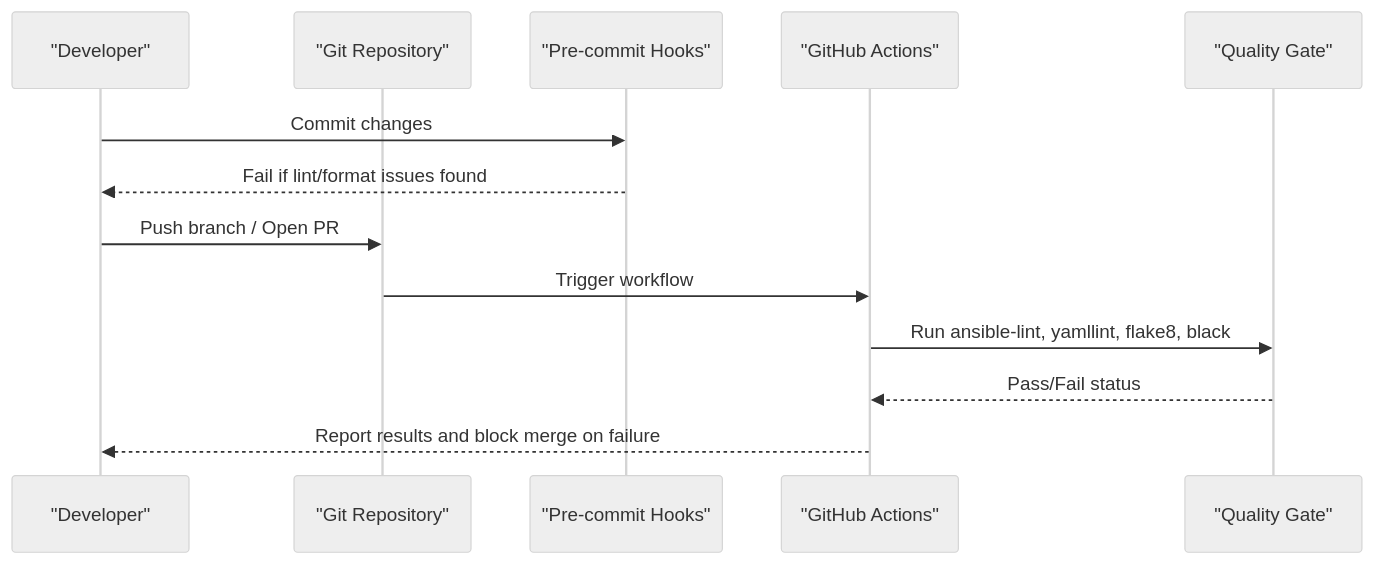
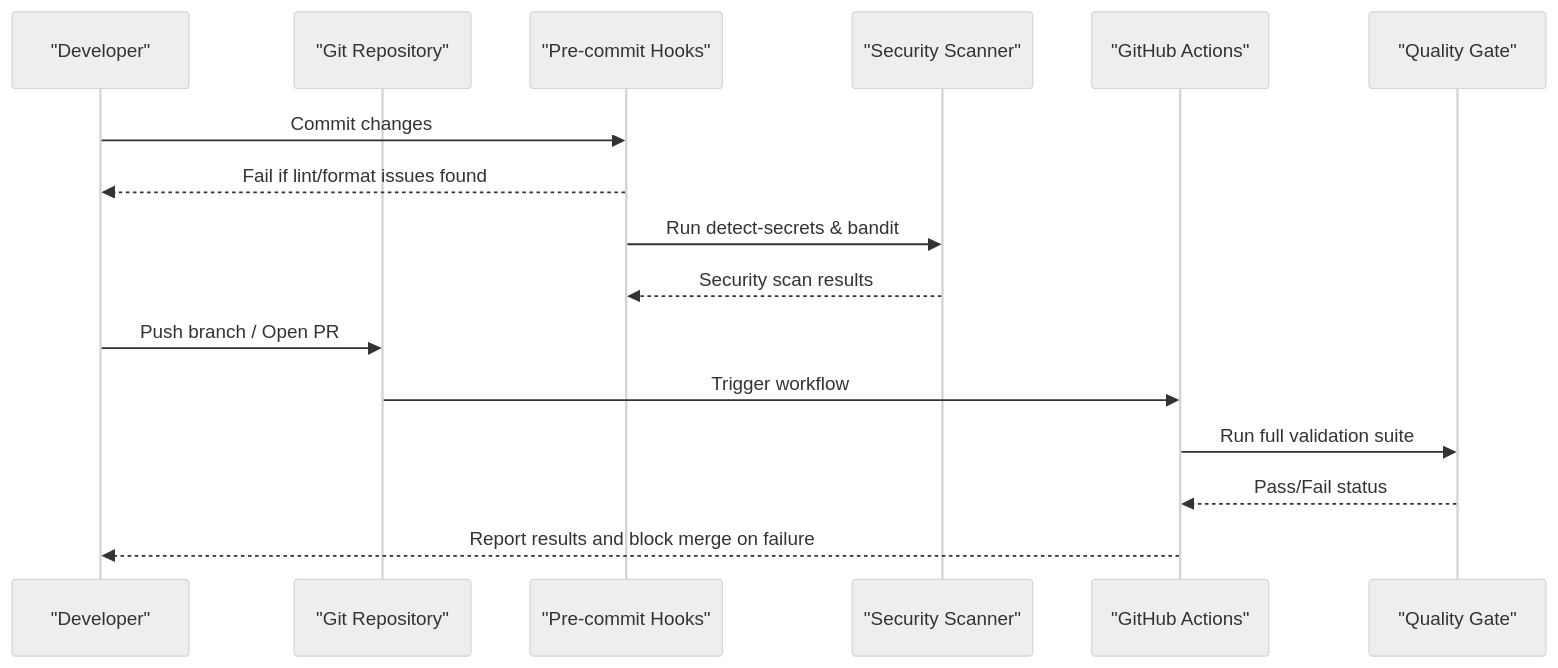
One commit to shakthi-vinayak/network-automation changed the second of 3 diagrams in .qoder/repowiki/en/content/Operational Excellence/Testing Strategy/Linting & Code Quality.md. Above: the diagram before and after it, drawn with Mermaid (neutral theme). The commit also changed other lines of this file and 144 other files, not shown here.

````diff
--- a/.qoder/repowiki/en/content/Operational Excellence/Testing Strategy/Linting & Code Quality.md
+++ b/.qoder/repowiki/en/content/Operational Excellence/Testing Strategy/Linting & Code Quality.md
@@ -83,15 +102,18 @@
 ```mermaid
 sequenceDiagram
 participant Dev as "Developer"
 participant Git as "Git Repository"
 participant Hooks as "Pre-commit Hooks"
+participant SecScan as "Security Scanner"
 participant CI as "GitHub Actions"
 participant Gate as "Quality Gate"
 Dev->>Hooks : Commit changes
 Hooks-->>Dev : Fail if lint/format issues found
+Hooks->>SecScan : Run detect-secrets & bandit
+SecScan-->>Hooks : Security scan results
 Dev->>Git : Push branch / Open PR
 Git->>CI : Trigger workflow
-CI->>Gate : Run ansible-lint, yamllint, flake8, black
+CI->>Gate : Run full validation suite
 Gate-->>CI : Pass/Fail status
 CI-->>Dev : Report results and block merge on failure
 ```
````
